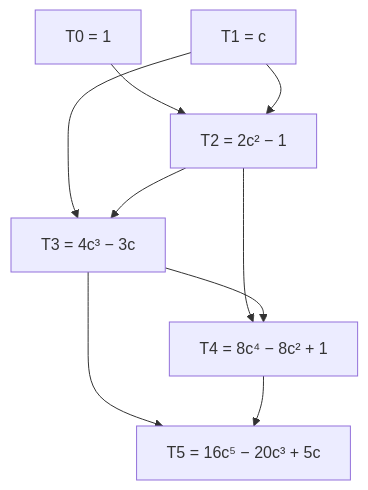
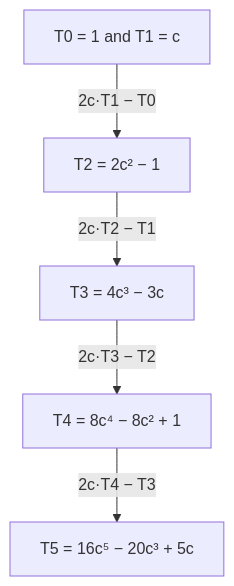
One commit to Aziliz/erudior changed the diagram in content/math/trigonometry/lessons/27h2-multiple-angles-chebyshev.md. Above: the diagram before and after it, drawn with Mermaid. The commit also changed 44 other files, not shown here.

````diff
--- a/content/math/trigonometry/lessons/27h2-multiple-angles-chebyshev.md
+++ b/content/math/trigonometry/lessons/27h2-multiple-angles-chebyshev.md
@@ -34,13 +34,9 @@
 ```mermaid
 flowchart TD
   accTitle: Building the Chebyshev polynomials
   accDescr: Start with T0 = 1 and T1 = c. Each next polynomial is 2c times the previous one minus the one before that. T2 = 2c squared minus 1, T3 = 4c cubed minus 3c, T4 = 8c to the fourth minus 8c squared plus 1, T5 = 16c to the fifth minus 20c cubed plus 5c.
-  A["T0 = 1"] --> C["T2 = 2c² − 1"]
-  B["T1 = c"] --> C
-  B --> D["T3 = 4c³ − 3c"]
-  C --> D
-  C --> E["T4 = 8c⁴ − 8c² + 1"]
-  D --> E
-  D --> F["T5 = 16c⁵ − 20c³ + 5c"]
-  E --> F
+  A["T0 = 1 and T1 = c"] -- "2c·T1 − T0" --> C["T2 = 2c² − 1"]
+  C -- "2c·T2 − T1" --> D["T3 = 4c³ − 3c"]
+  D -- "2c·T3 − T2" --> E["T4 = 8c⁴ − 8c² + 1"]
+  E -- "2c·T4 − T3" --> F["T5 = 16c⁵ − 20c³ + 5c"]
 ```
````
